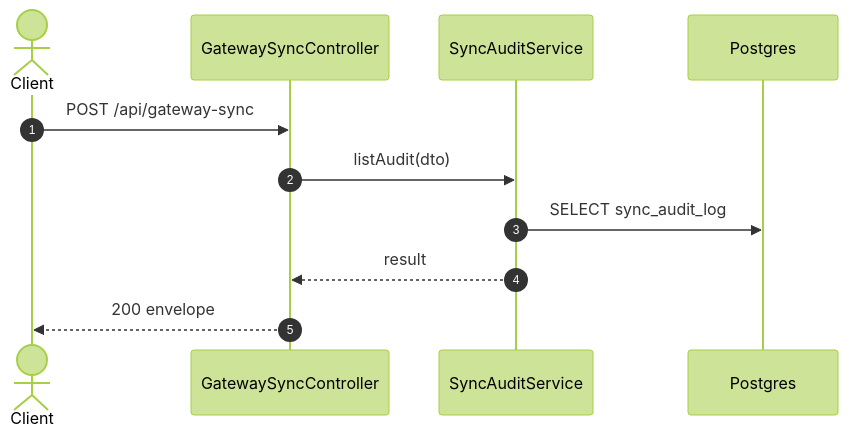
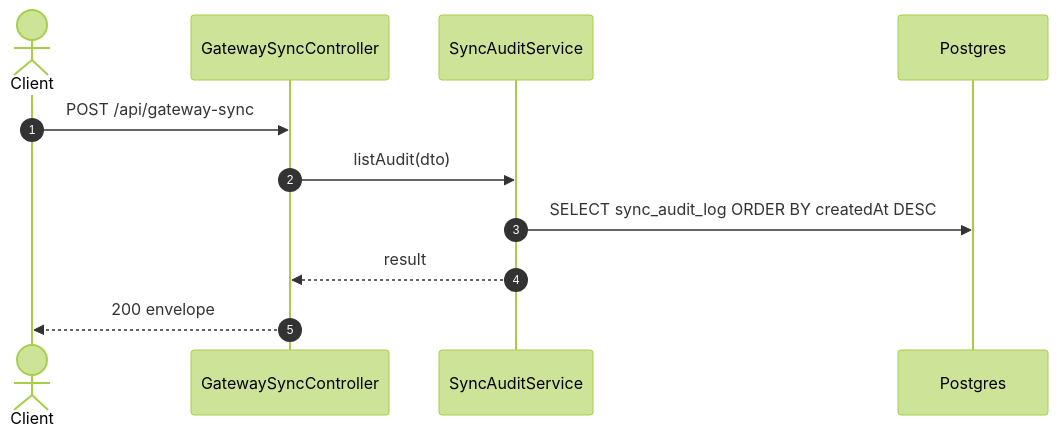
The second of 2 diagrams in specs/gateway-sync/api-design/04-post-gateway-sync-op-list-audit.md (TrekLink-Team/treklink-web), drawn with Mermaid (forest theme) before and after one commit. The commit also changed other lines of this file and 15 other files, not shown here.

First line of the commit message:
feat: add listAudit and the normalization failure count to gateway-sync

````diff
--- a/specs/gateway-sync/api-design/04-post-gateway-sync-op-list-audit.md
+++ b/specs/gateway-sync/api-design/04-post-gateway-sync-op-list-audit.md
@@ -158,13 +163,13 @@
 ```mermaid
 sequenceDiagram
     autonumber
     actor C as Client
     participant Ctl as GatewaySyncController
     participant Svc as SyncAuditService
     participant DB as Postgres
     C->>Ctl: POST /api/gateway-sync
     Ctl->>Svc: listAudit(dto)
-    Svc->>DB: SELECT sync_audit_log
+    Svc->>DB: SELECT sync_audit_log ORDER BY createdAt DESC
     Svc-->>Ctl: result
     Ctl-->>C: 200 envelope
 ```
````
